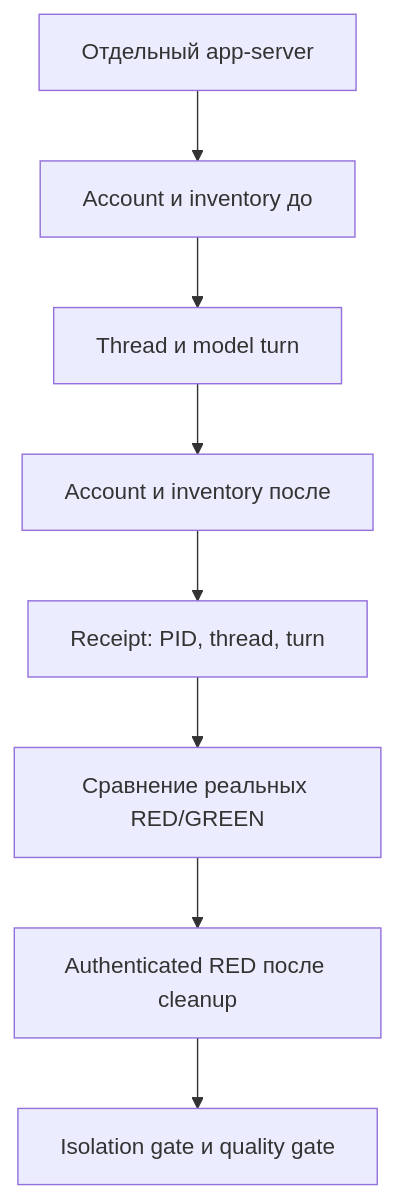
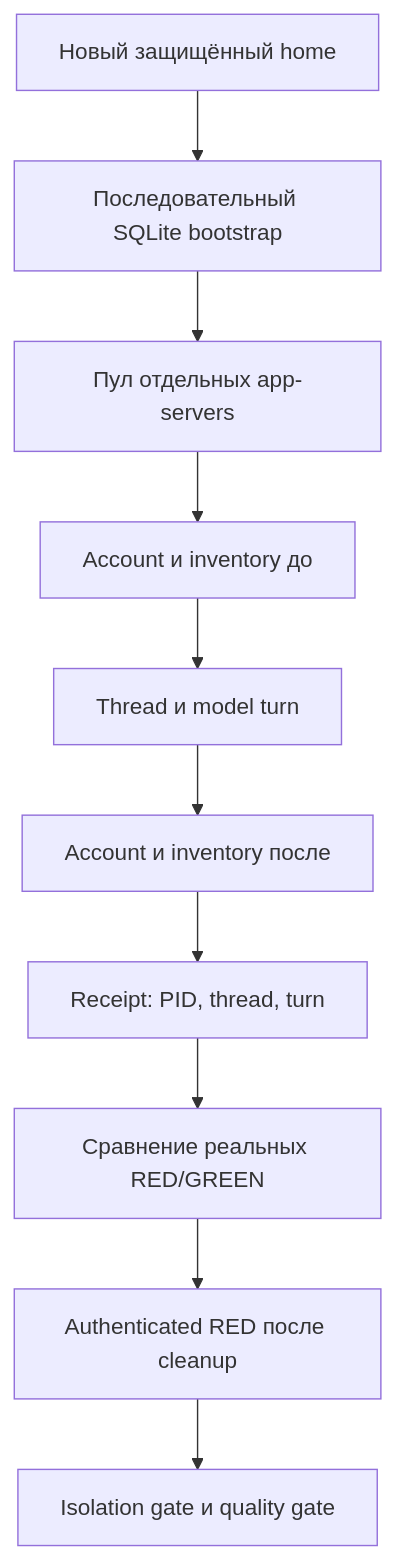
Before and after one commit to brake71/1c-ssl-skills: the diagram in reports/bsp-skills/p0-native-runtime-loop-after-v0.14.md, drawn with Mermaid. The commit also changed other lines of this file and 3 other files, not shown here.

````diff
--- a/reports/bsp-skills/p0-native-runtime-loop-after-v0.14.md
+++ b/reports/bsp-skills/p0-native-runtime-loop-after-v0.14.md
@@ -74,10 +124,12 @@
 ```mermaid
 flowchart TD
-    A[Отдельный app-server] --> B[Account и inventory до]
+    W[Новый защищённый home] --> S[Последовательный SQLite bootstrap]
+    S --> A[Пул отдельных app-servers]
+    A --> B[Account и inventory до]
     B --> C[Thread и model turn]
     C --> D[Account и inventory после]
     D --> E[Receipt: PID, thread, turn]
     E --> F[Сравнение реальных RED/GREEN]
     F --> G[Authenticated RED после cleanup]
     G --> H[Isolation gate и quality gate]
 ```
````
